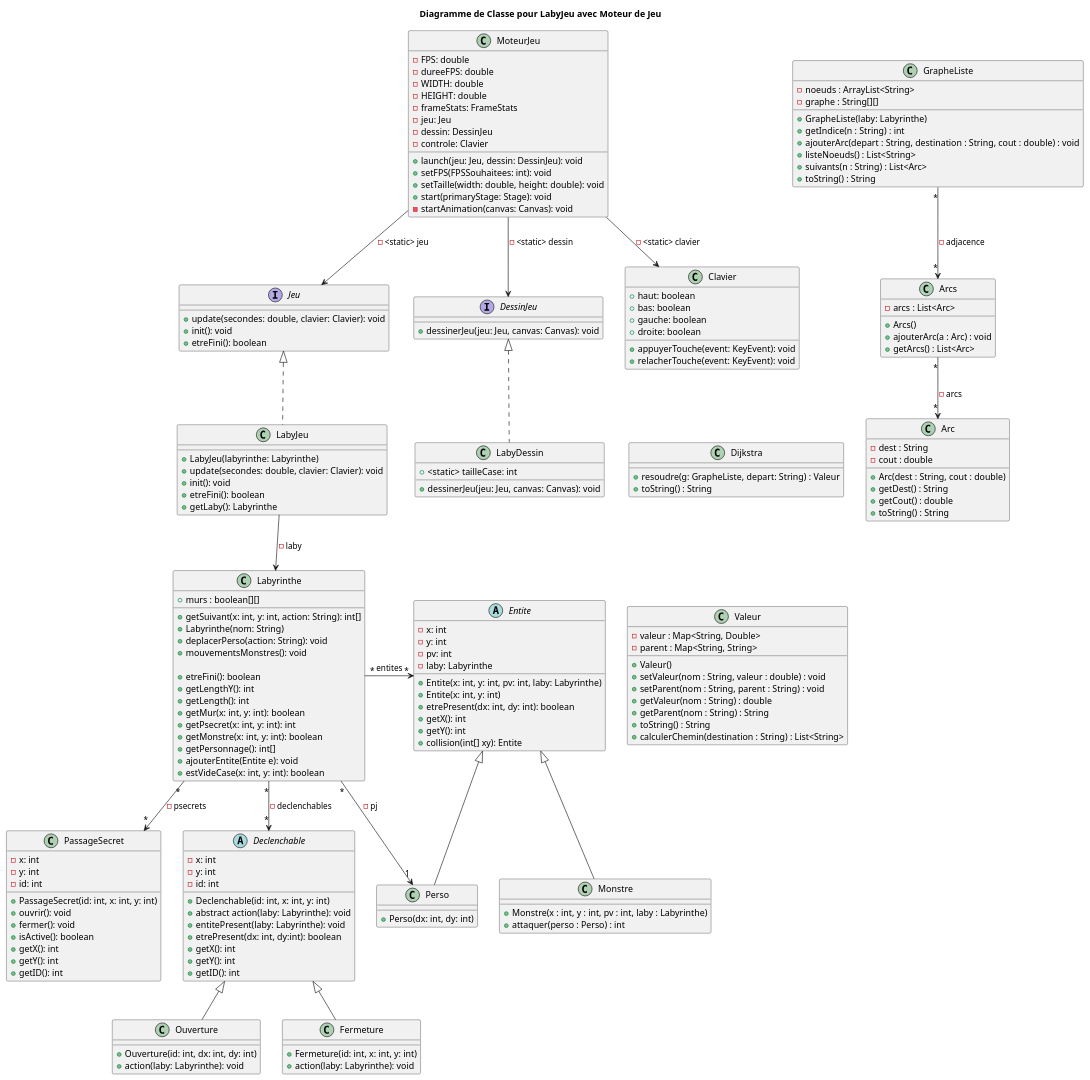
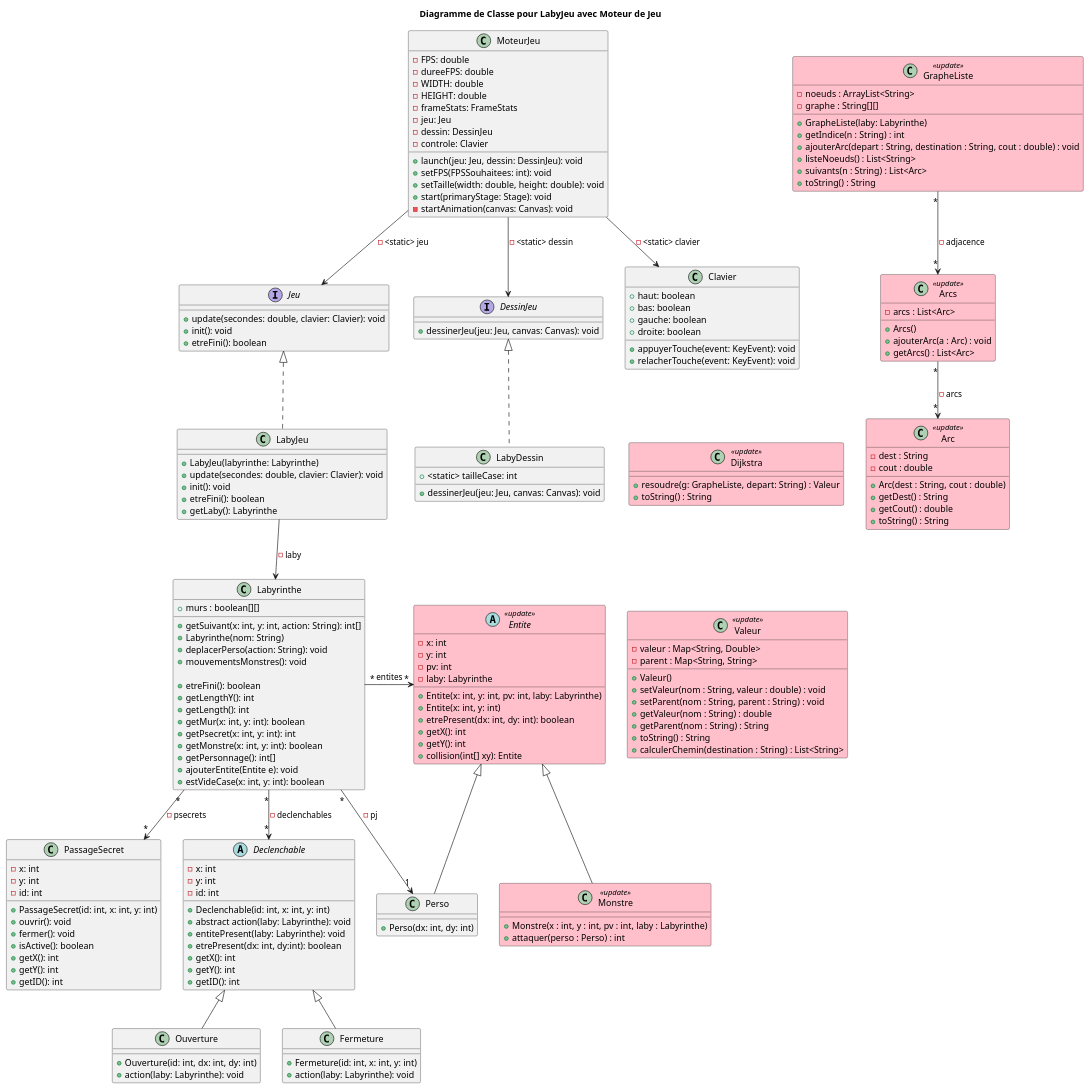
One commit to adrienMGN/2024_Zeldiablo_mangin225u_dewasch2u_favier36u_fontaine_noel332u changed the diagram in documents/version_3/Diagramme_classe.puml. Above: the diagram before and after it, drawn with PlantUML. The commit also changed 1 other file, not shown here.

```diff
--- a/documents/version_3/Diagramme_classe.puml
+++ b/documents/version_3/Diagramme_classe.puml
@@ -1,6 +1,8 @@
 @startuml
 title Diagramme de Classe pour LabyJeu avec Moteur de Jeu
-
+skinparam class {
+    BackgroundColor<<update>> Pink
+}
 interface Jeu {
     +update(secondes: double, clavier: Clavier): void
     +init(): void
@@ -69,7 +71,7 @@
     +start(primaryStage: Stage): void
     -startAnimation(canvas: Canvas): void
 }
-class Monstre{
+class Monstre<<update>>{
     + Monstre(x : int, y : int, pv : int, laby : Labyrinthe)
     + attaquer(perso : Perso) : int
              }
@@ -114,7 +116,7 @@
     +action(laby: Labyrinthe): void
 }
 
-abstract class Entite{
+abstract class Entite<<update>>{
     -x: int
     -y: int
     -pv: int
@@ -127,7 +129,7 @@
     +collision(int[] xy): Entite
 }
 
-class Arc{
+class Arc<<update>>{
     - dest : String
     - cout : double
 
@@ -136,7 +138,7 @@
     + getCout() : double
     + toString() : String
 }
-class Arcs{
+class Arcs<<update>>{
         - arcs : List<Arc>
 
         + Arcs()
@@ -145,11 +147,11 @@
     }
 
 
-class Dijkstra{
+class Dijkstra<<update>>{
     +resoudre(g: GrapheListe, depart: String) : Valeur
     +toString() : String
               }
-class GrapheListe{
+class GrapheListe<<update>>{
     - noeuds : ArrayList<String>
     - graphe : String[][]
 
@@ -161,7 +163,7 @@
     + toString() : String
                  }
 
-class Valeur{
+class Valeur<<update>>{
     - valeur : Map<String, Double>
     - parent : Map<String, String>
 
```
